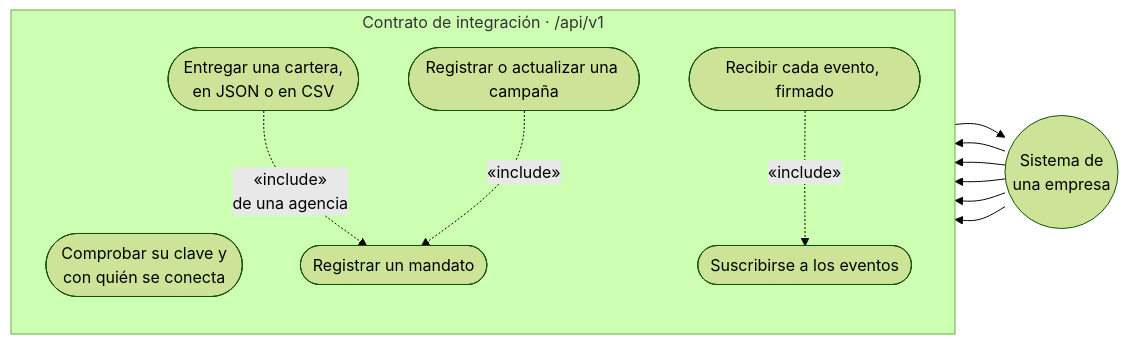
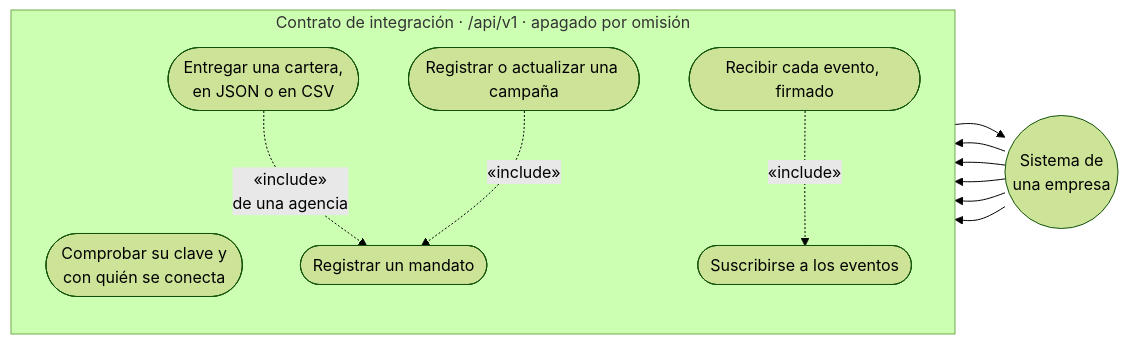
The fifth of 6 diagrams in docs/diagramas/casos-de-uso.md (TechnicalBridge/DataBridge), drawn with Mermaid (forest theme) before and after one commit. The commit also changed other lines of this file and 25 other files, not shown here.

First line of the commit message:
feat(portal, ms-debt): Sin claves de API: los deudores entran solo por campaña

````diff
--- a/docs/diagramas/casos-de-uso.md
+++ b/docs/diagramas/casos-de-uso.md
@@ -240,18 +242,18 @@
 ```mermaid
 flowchart LR
     SIS(("Sistema de<br/>una empresa"))
-    subgraph API["Contrato de integración · /api/v1"]
+    subgraph API["Contrato de integración · /api/v1 · apagado por omisión"]
         direction TB
         S1(["Comprobar su clave y<br/>con quién se conecta"])
         S2(["Registrar un mandato"])
         S3(["Registrar o actualizar una campaña"])
         S4(["Entregar una cartera,<br/>en JSON o en CSV"])
         S5(["Suscribirse a los eventos"])
         S6(["Recibir cada evento, firmado"])
     end
     SIS --> S1 & S2 & S3 & S4 & S5
     S6 --> SIS
     S4 -. "«include»<br/>de una agencia" .-> S2
     S3 -. "«include»" .-> S2
     S6 -. "«include»" .-> S5
 ```
````
